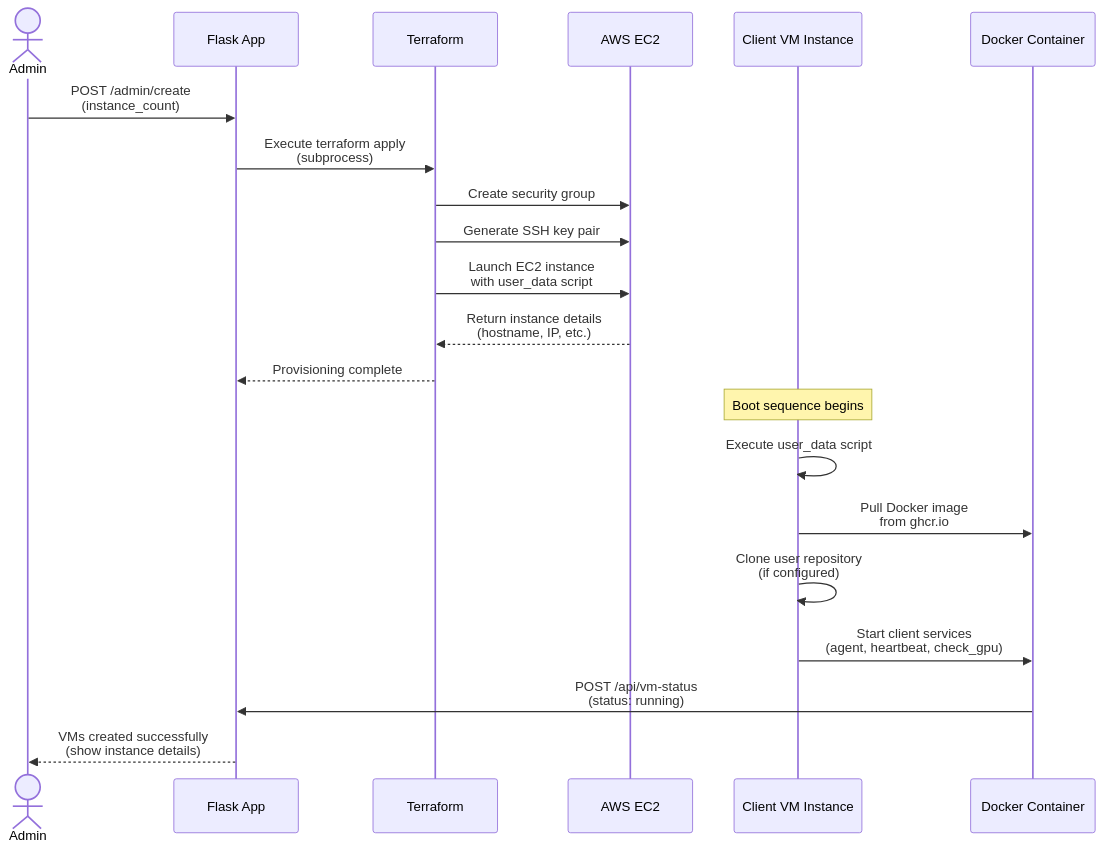
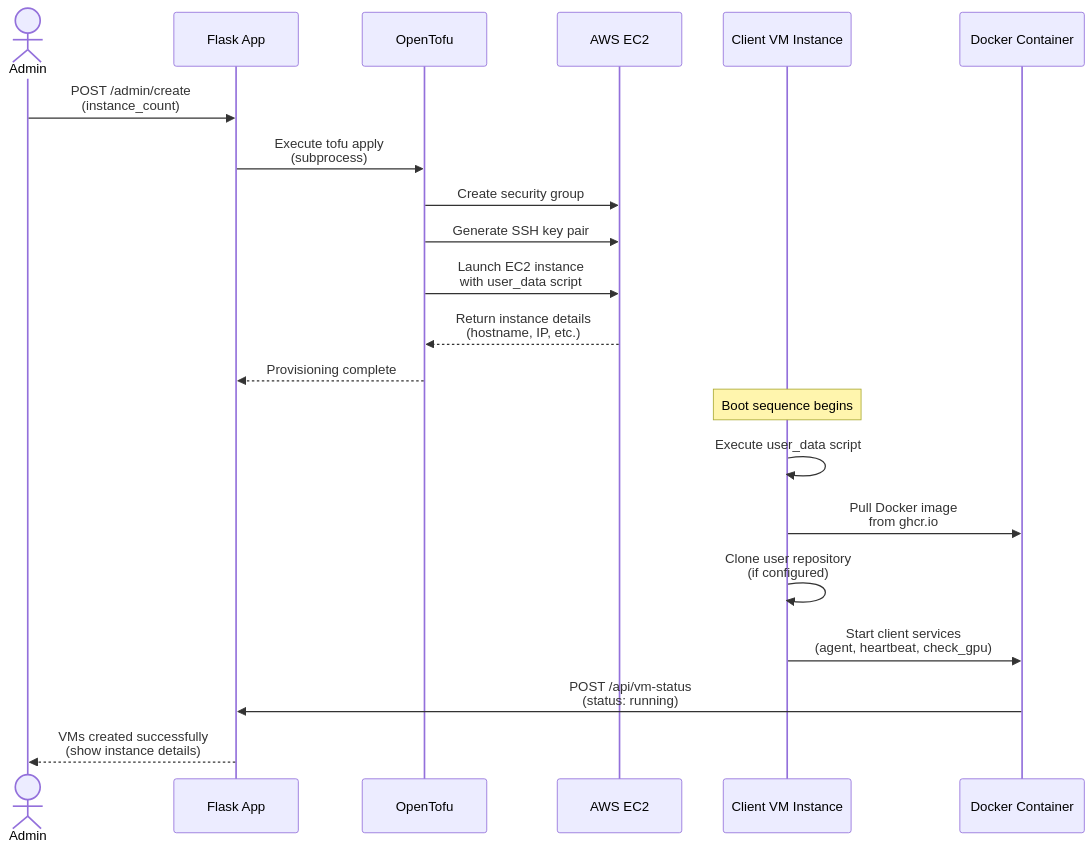
One commit to talmolab/lablink changed the fourth of 5 diagrams in docs/architecture.md. Above: the diagram before and after it, drawn with Mermaid. The commit also changed other lines of this file and 23 other files, not shown here.

First line of the commit message:
docs: rewrite Terraform as OpenTofu across the documentation (#447)

````diff
--- a/docs/architecture.md
+++ b/docs/architecture.md
@@ -404,28 +404,28 @@
 ```mermaid
 sequenceDiagram
     actor Admin
     participant Flask as Flask App
-    participant Terraform
+    participant OpenTofu
     participant AWS as AWS EC2
     participant VM as Client VM Instance
     participant Docker as Docker Container
 
     Admin->>Flask: POST /admin/create<br/>(instance_count)
-    Flask->>Terraform: Execute terraform apply<br/>(subprocess)
+    Flask->>OpenTofu: Execute tofu apply<br/>(subprocess)
 
-    Terraform->>AWS: Create security group
-    Terraform->>AWS: Generate SSH key pair
-    Terraform->>AWS: Launch EC2 instance<br/>with user_data script
-    AWS-->>Terraform: Return instance details<br/>(hostname, IP, etc.)
-    Terraform-->>Flask: Provisioning complete
+    OpenTofu->>AWS: Create security group
+    OpenTofu->>AWS: Generate SSH key pair
+    OpenTofu->>AWS: Launch EC2 instance<br/>with user_data script
+    AWS-->>OpenTofu: Return instance details<br/>(hostname, IP, etc.)
+    OpenTofu-->>Flask: Provisioning complete
 
     Note over VM: Boot sequence begins
     VM->>VM: Execute user_data script
 
     VM->>Docker: Pull Docker image<br/>from ghcr.io
     VM->>VM: Clone user repository<br/>(if configured)
     VM->>Docker: Start client services<br/>(agent, heartbeat, check_gpu)
     Docker->>Flask: POST /api/vm-status<br/>(status: running)
 
     Flask-->>Admin: VMs created successfully<br/>(show instance details)
 ```
````
